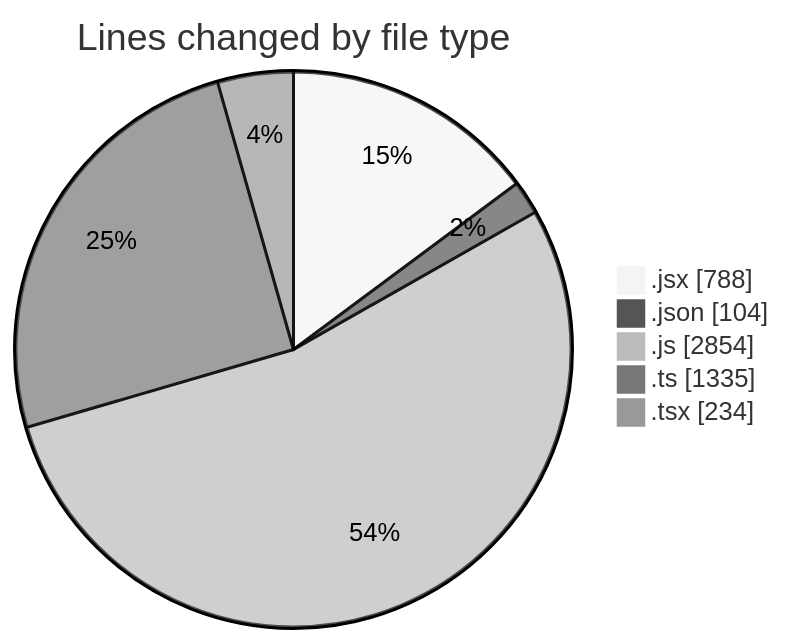
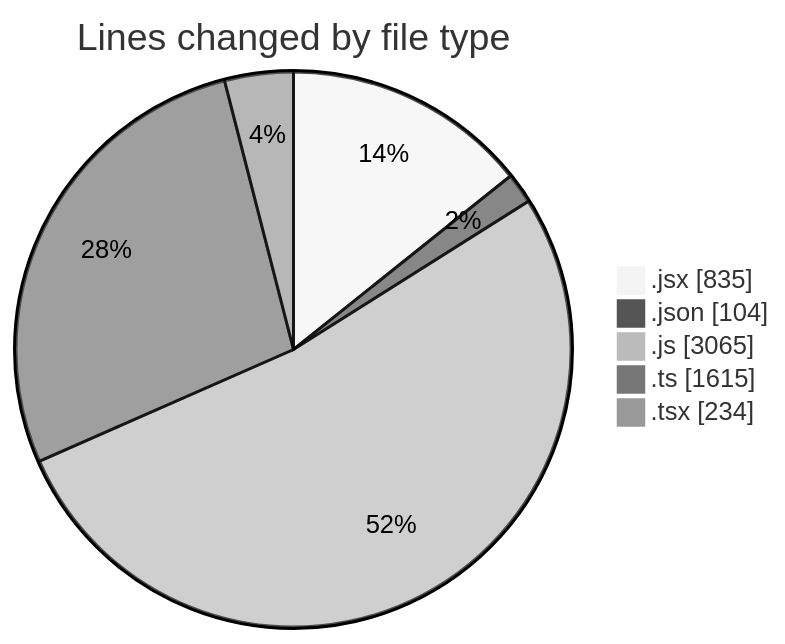
Before and after one commit to momahboobian/code-tracking: the first of 2 diagrams in 2025-05-19/cda/README.md, drawn with Mermaid (neutral theme). The commit also changed other lines of this file and 1 other file, not shown here.

````diff
--- a/2025-05-19/cda/README.md
+++ b/2025-05-19/cda/README.md
@@ -32,9 +32,9 @@
 ```mermaid
 pie showData
 title Lines changed by file type
-".jsx" : 788
+".jsx" : 835
 ".json" : 104
-".js" : 2854
-".ts" : 1335
+".js" : 3065
+".ts" : 1615
 ".tsx" : 234
 ```
````
